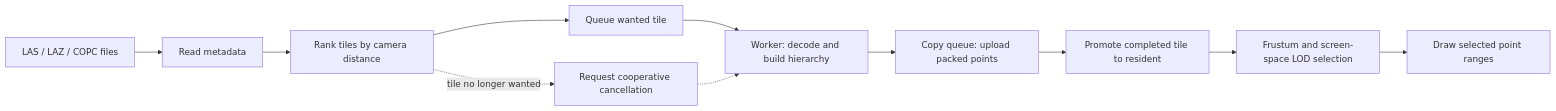
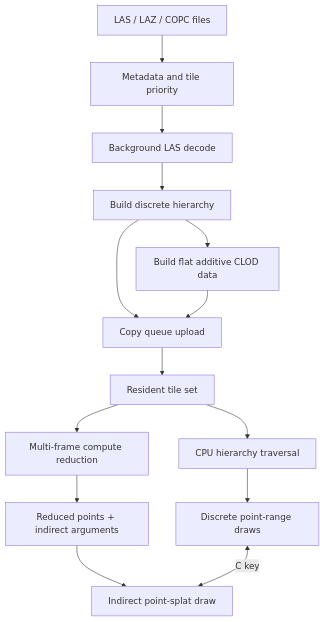
One commit to Ridhwan-Mohamed/D3D12-Realtime-LiDAR-Renderer changed the diagram in README.md. Above: the diagram before and after it, drawn with Mermaid. The commit also changed other lines of this file and 18 other files, not shown here.

````diff
--- a/README.md
+++ b/README.md
@@ -30,14 +53,19 @@
 ```mermaid
-flowchart LR
-    A[LAS / LAZ / COPC files] --> B[Read metadata]
-    B --> C[Rank tiles by camera distance]
-    C --> D[Queue wanted tile]
-    D --> E[Worker: decode and build hierarchy]
-    E --> F[Copy queue: upload packed points]
-    F --> G[Promote completed tile to resident]
-    G --> H[Frustum and screen-space LOD selection]
-    H --> I[Draw selected point ranges]
+flowchart TD
+    A[LAS / LAZ / COPC files] --> B[Metadata and tile priority]
+    B --> C[Background LAS decode]
+    C --> D[Build discrete hierarchy]
+    D --> E[Build flat additive CLOD data]
+    D --> F[Copy queue upload]
+    E --> F
+    F --> G[Resident tile set]
 
-    C -. tile no longer wanted .-> J[Request cooperative cancellation]
-    J -.-> E
+    G --> H[CPU hierarchy traversal]
+    H --> I[Discrete point-range draws]
+
+    G --> J[Multi-frame compute reduction]
+    J --> K[Reduced points + indirect arguments]
+    K --> L[Indirect point-splat draw]
+
+    I <-->|C key| L
 ```
````
